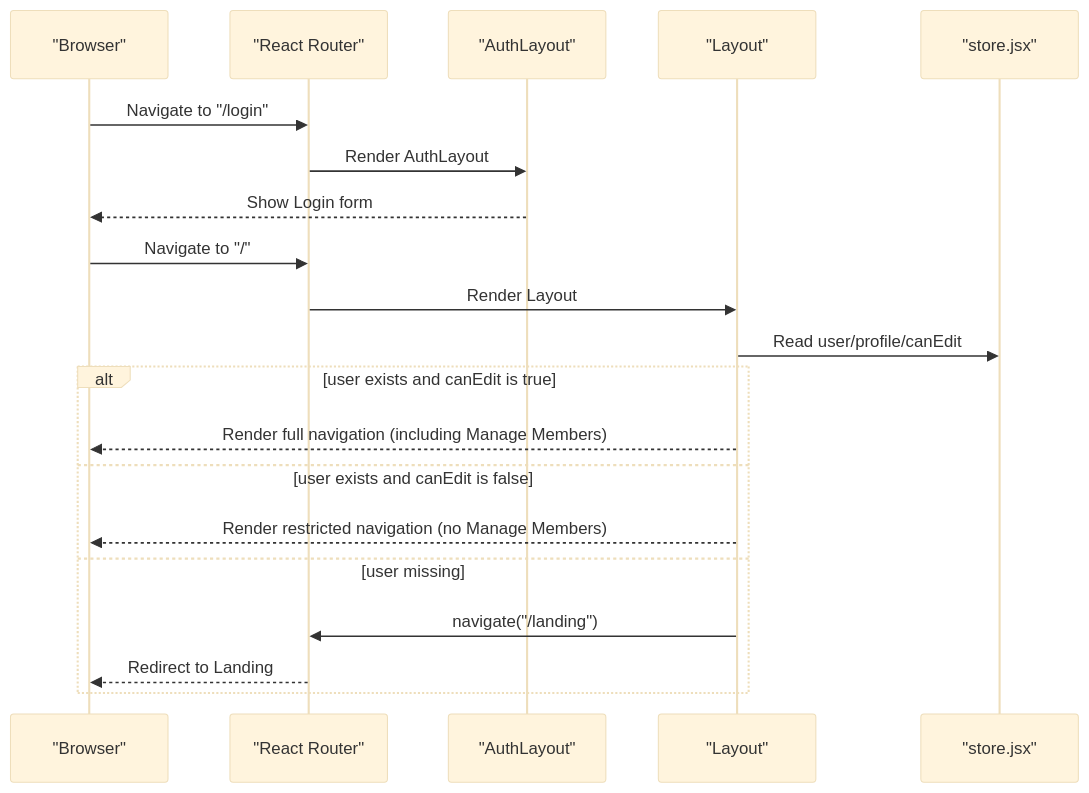
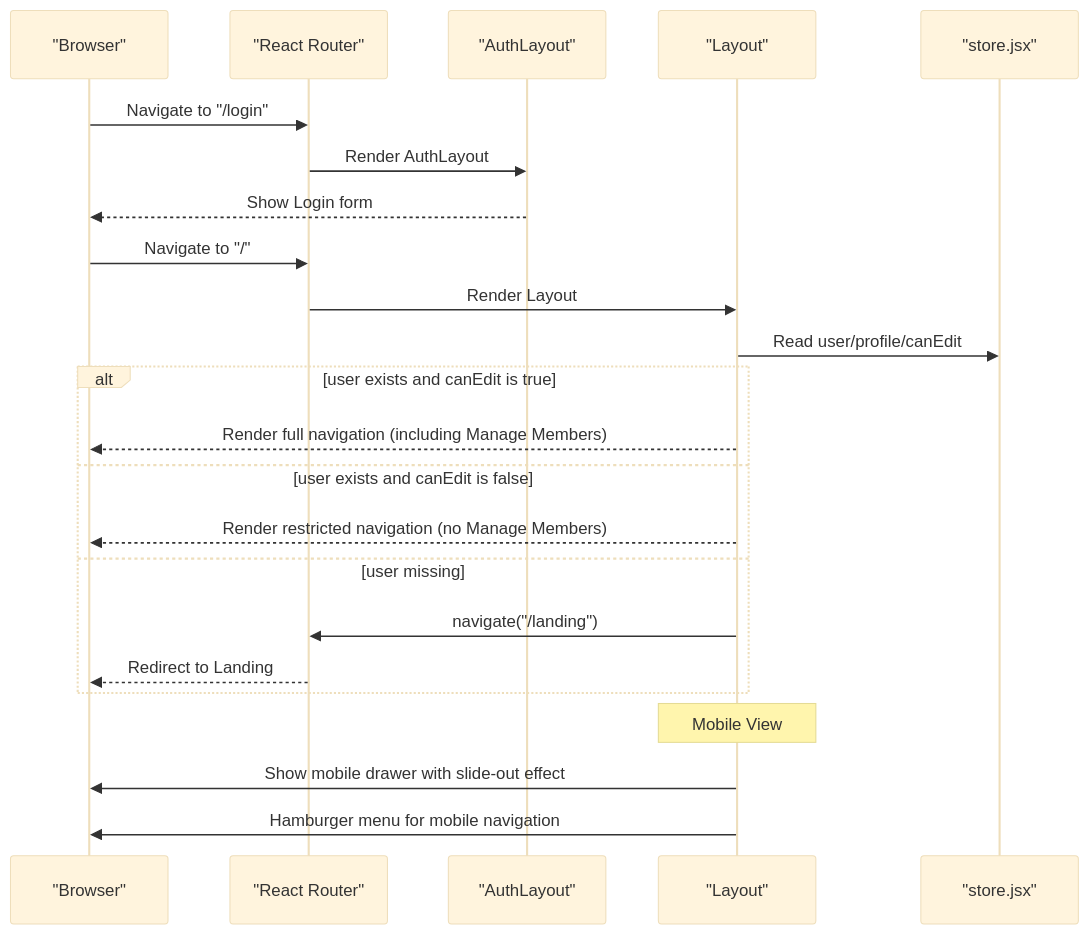
Before and after one commit to netdaniel/serveflow: the second of 5 diagrams in .qoder/repowiki/en/content/Component Architecture/Layout System.md, drawn with Mermaid (base theme). The commit also changed other lines of this file and 12 other files, not shown here.

````diff
--- a/.qoder/repowiki/en/content/Component Architecture/Layout System.md
+++ b/.qoder/repowiki/en/content/Component Architecture/Layout System.md
@@ -131,22 +134,25 @@
 ```mermaid
 sequenceDiagram
 participant Browser as "Browser"
 participant Router as "React Router"
 participant AuthLayout as "AuthLayout"
 participant Layout as "Layout"
 participant Store as "store.jsx"
 Browser->>Router : Navigate to "/login"
 Router->>AuthLayout : Render AuthLayout
 AuthLayout-->>Browser : Show Login form
 Browser->>Router : Navigate to "/"
 Router->>Layout : Render Layout
 Layout->>Store : Read user/profile/canEdit
 alt user exists and canEdit is true
 Layout-->>Browser : Render full navigation (including Manage Members)
 else user exists and canEdit is false
 Layout-->>Browser : Render restricted navigation (no Manage Members)
 else user missing
 Layout->>Router : navigate("/landing")
 Router-->>Browser : Redirect to Landing
 end
+note over Layout : Mobile View
+Layout->>Browser : Show mobile drawer with slide-out effect
+Layout->>Browser : Hamburger menu for mobile navigation
 ```
````
